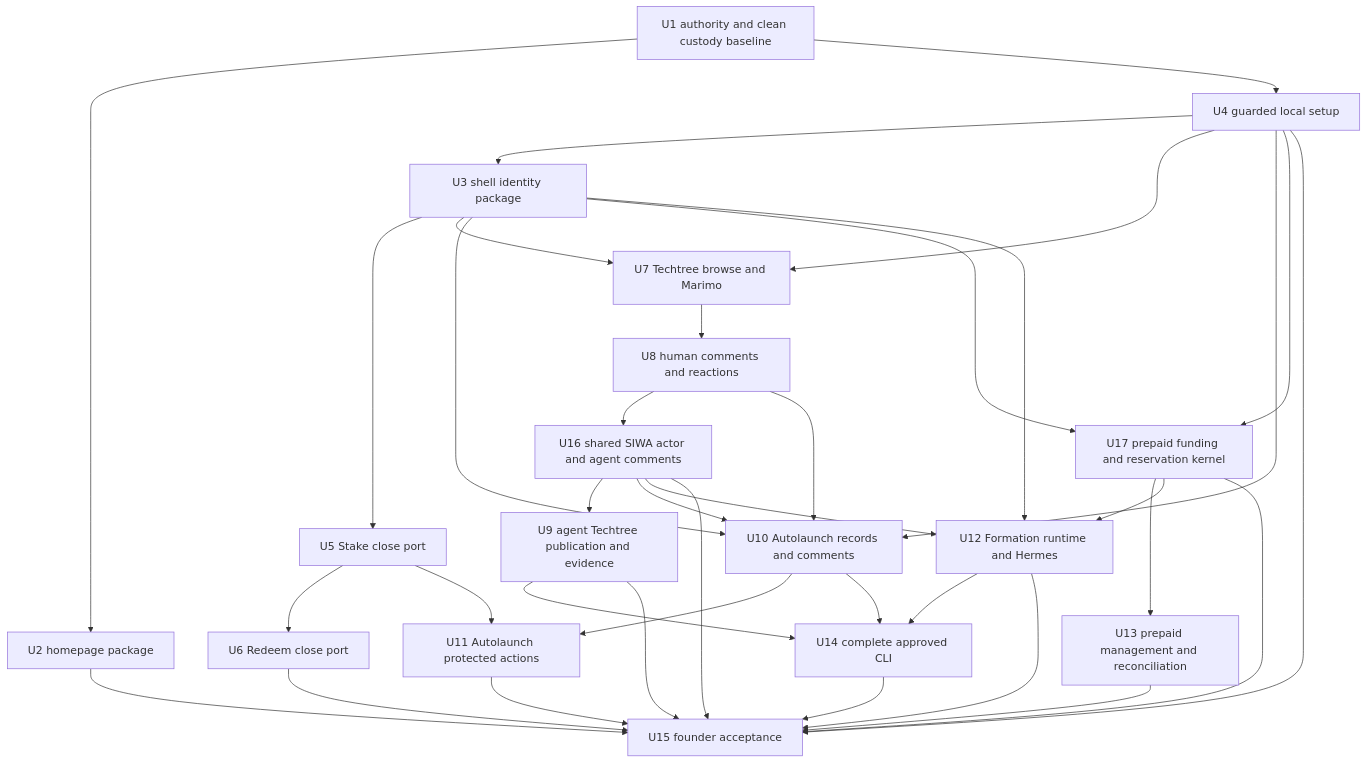
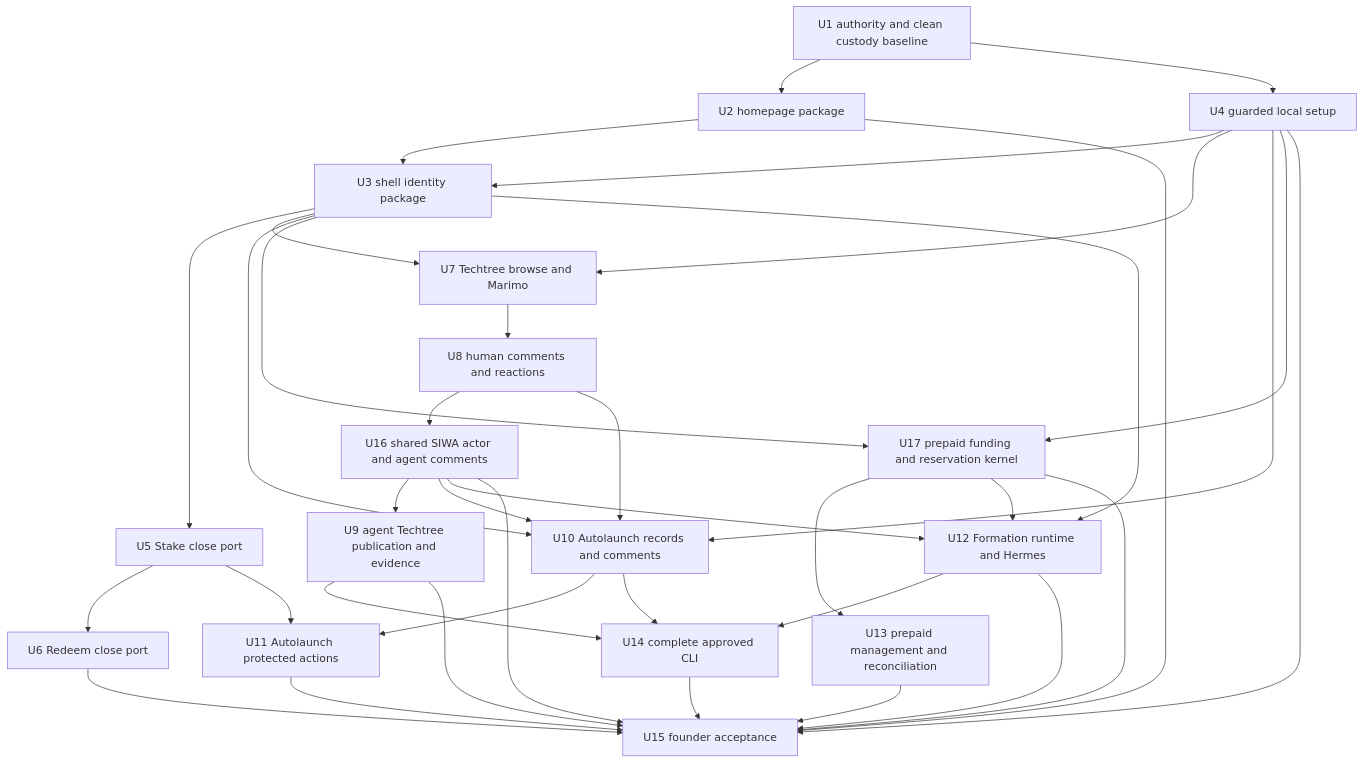
One commit to regents-ai/regents changed the second of 2 diagrams in docs/plans/2026-07-13-001-feat-local-founder-acceptance-plan.md. Above: the diagram before and after it, drawn with Mermaid. The commit also changed other lines of this file, not shown here.

````diff
--- a/docs/plans/2026-07-13-001-feat-local-founder-acceptance-plan.md
+++ b/docs/plans/2026-07-13-001-feat-local-founder-acceptance-plan.md
@@ -297,38 +298,39 @@
 ```mermaid
 flowchart TB
   U1["U1 authority and clean custody baseline"] --> U2["U2 homepage package"]
   U1 --> U4["U4 guarded local setup"]
-  U4 --> U3["U3 shell identity package"]
+  U2 --> U3["U3 shell identity package"]
+  U4 --> U3
   U3 --> U5["U5 Stake close port"]
   U5 --> U6["U6 Redeem close port"]
   U4 --> U7["U7 Techtree browse and Marimo"]
   U3 --> U7
   U7 --> U8["U8 human comments and reactions"]
   U8 --> U16["U16 shared SIWA actor and agent comments"]
   U16 --> U9["U9 agent Techtree publication and evidence"]
   U4 --> U10["U10 Autolaunch records and comments"]
   U3 --> U10
   U8 --> U10
   U16 --> U10
   U5 --> U11["U11 Autolaunch protected actions"]
   U10 --> U11["U11 Autolaunch protected actions"]
   U4 --> U17["U17 prepaid funding and reservation kernel"]
   U3 --> U17
   U17 --> U13["U13 prepaid management and reconciliation"]
   U16 --> U12["U12 Formation runtime and Hermes"]
   U17 --> U12
   U3 --> U12
   U9 --> U14["U14 complete approved CLI"]
   U10 --> U14
   U12 --> U14
   U2 --> U15["U15 founder acceptance"]
   U4 --> U15
   U6 --> U15
   U9 --> U15
   U11 --> U15
   U13 --> U15
   U12 --> U15
   U16 --> U15
   U17 --> U15
   U14 --> U15
 ```
````
